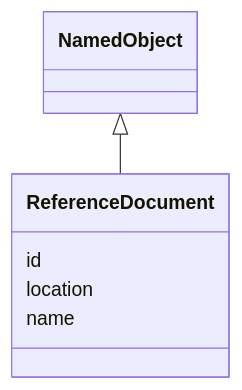
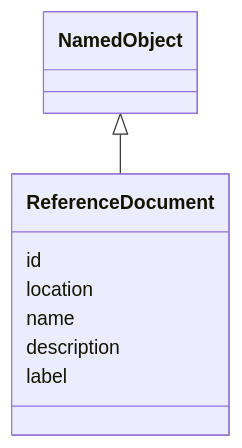
One commit to cdisc-org/analysis-results-standard changed the diagram in project/docs/ReferenceDocument.md. Above: the diagram before and after it, drawn with Mermaid. The commit also changed other lines of this file and 132 other files, not shown here.

````diff
--- a/project/docs/ReferenceDocument.md
+++ b/project/docs/ReferenceDocument.md
@@ -13,10 +13,12 @@
 ```mermaid
  classDiagram
     class ReferenceDocument
       NamedObject <|-- ReferenceDocument
 
       ReferenceDocument : id
         ReferenceDocument : location
         ReferenceDocument : name
+        ReferenceDocument : description
+        ReferenceDocument : label
         
 ```
````
